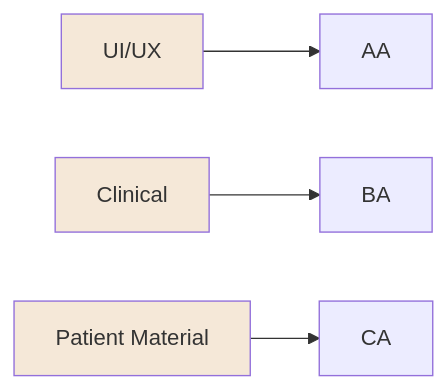
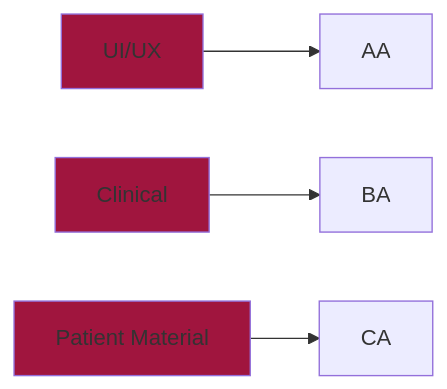
Before and after one commit to mtkimmins/pediatric-antibiotic-calculator: the diagram in README.md, drawn with Mermaid.

Commit message:
Update class definitions and styles in README

````diff
--- a/README.md
+++ b/README.md
@@ -6,16 +6,16 @@
 ```mermaid
 graph LR
 A[UI/UX]-->AA
 B[Clinical]-->BA
 C[Patient Material]-->CA
 
 %% STYLES
-classDef done fill:#1C1C1C
-classDef prog fill:#F5E8D8
-classDef lock fill:#FF6F61
+classDef done fill:#5D0E41
+classDef prog fill:#A0153E
+classDef lock fill:#FF204E
 
 %% CLASSES
 class AZ done;
 class A,B,C prog;
 class AZ lock;
 ```
````
